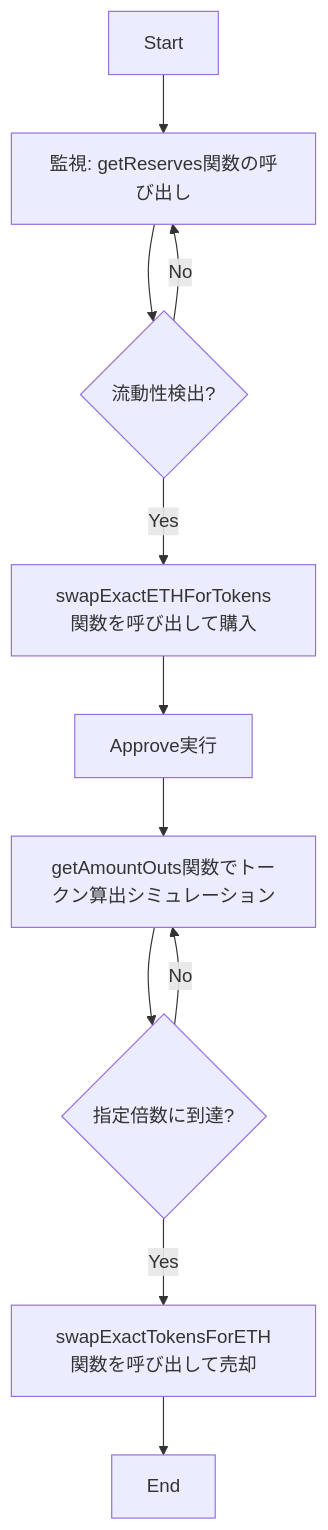
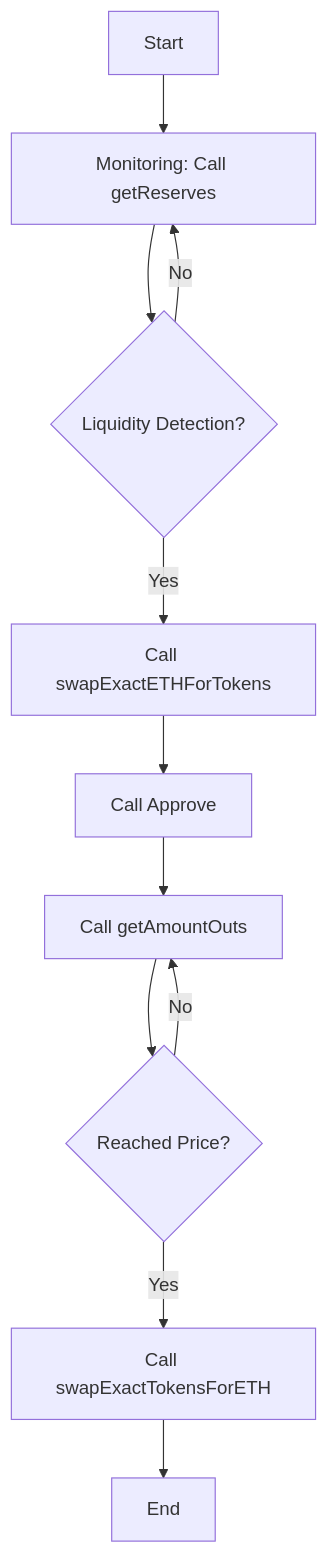
Before and after one commit to yblockcha1n/UniswapV2-Sniper: the diagram in README.md, drawn with Mermaid.

````diff
--- a/README.md
+++ b/README.md
@@ -7,13 +7,13 @@
 ```mermaid
 graph TD
-    A[Start] --> B[監視: getReserves関数の呼び出し]
-    B --> C{流動性検出?}
-    C -->|Yes| D[swapExactETHForTokens関数を呼び出して購入]
+    A[Start] --> B[Monitoring: Call getReserves]
+    B --> C{Liquidity Detection?}
+    C -->|Yes| D[Call swapExactETHForTokens]
     C -->|No| B
-    D --> E[Approve実行]
-    E --> F[getAmountOuts関数でトークン算出シミュレーション]
-    F --> G{指定倍数に到達?}
+    D --> E[Call Approve]
+    E --> F[Call getAmountOuts]
+    F --> G{Reached Price?}
     G -->|No| F
-    G -->|Yes| H[swapExactTokensForETH関数を呼び出して売却]
+    G -->|Yes| H[Call swapExactTokensForETH]
     H --> I[End]
 ```
````
